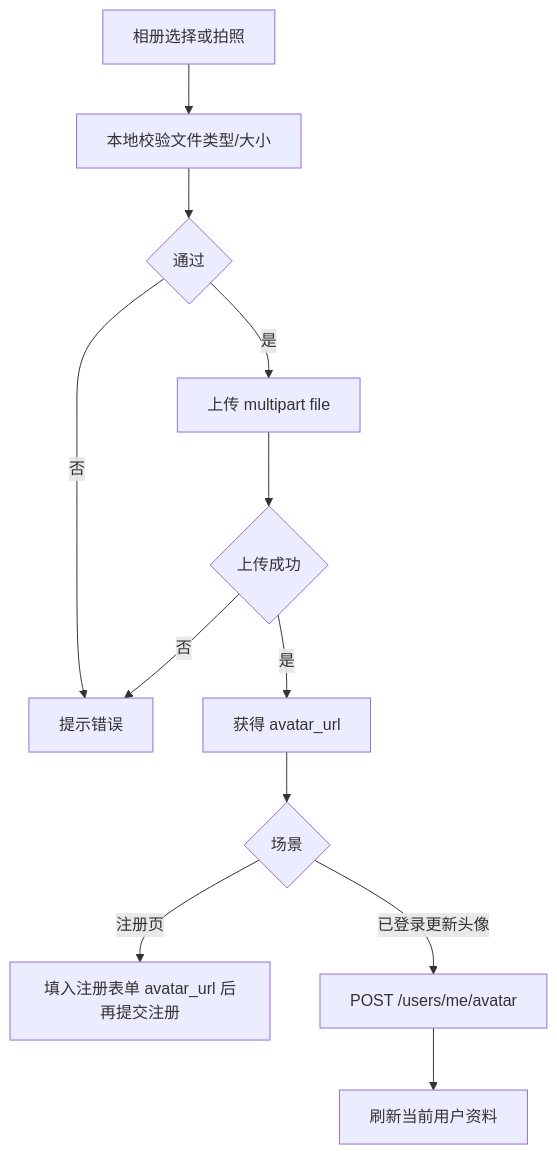
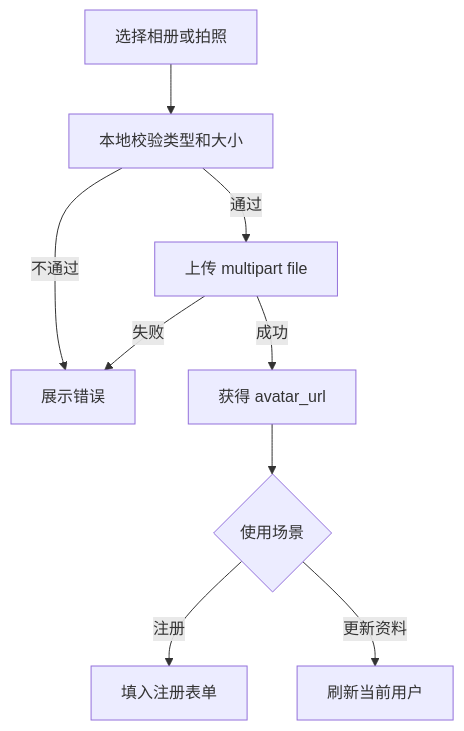
One commit to DancingCodes/room-app changed the ninth of 9 diagrams in docs/客户端逻辑设计.md. Above: the diagram before and after it, drawn with Mermaid. The commit also changed other lines of this file and 1 other file, not shown here.

````diff
--- a/docs/客户端逻辑设计.md
+++ b/docs/客户端逻辑设计.md
@@ -241,14 +151,11 @@
 ```mermaid
 flowchart TD
-    A[相册选择或拍照] --> B[本地校验文件类型/大小]
-    B --> C{通过}
-    C -- 否 --> D[提示错误]
-    C -- 是 --> E[上传 multipart file]
-    E --> F{上传成功}
-    F -- 否 --> D
-    F -- 是 --> G[获得 avatar_url]
-    G --> H{场景}
-    H -- 注册页 --> I[填入注册表单 avatar_url 后再提交注册]
-    H -- 已登录更新头像 --> J[POST /users/me/avatar]
-    J --> K[刷新当前用户资料]
+    A[选择相册或拍照] --> B[本地校验类型和大小]
+    B -- 通过 --> C[上传 multipart file]
+    B -- 不通过 --> D[展示错误]
+    C -- 成功 --> E[获得 avatar_url]
+    C -- 失败 --> D
+    E --> F{使用场景}
+    F -- 注册 --> G[填入注册表单]
+    F -- 更新资料 --> H[刷新当前用户]
 ```
````
